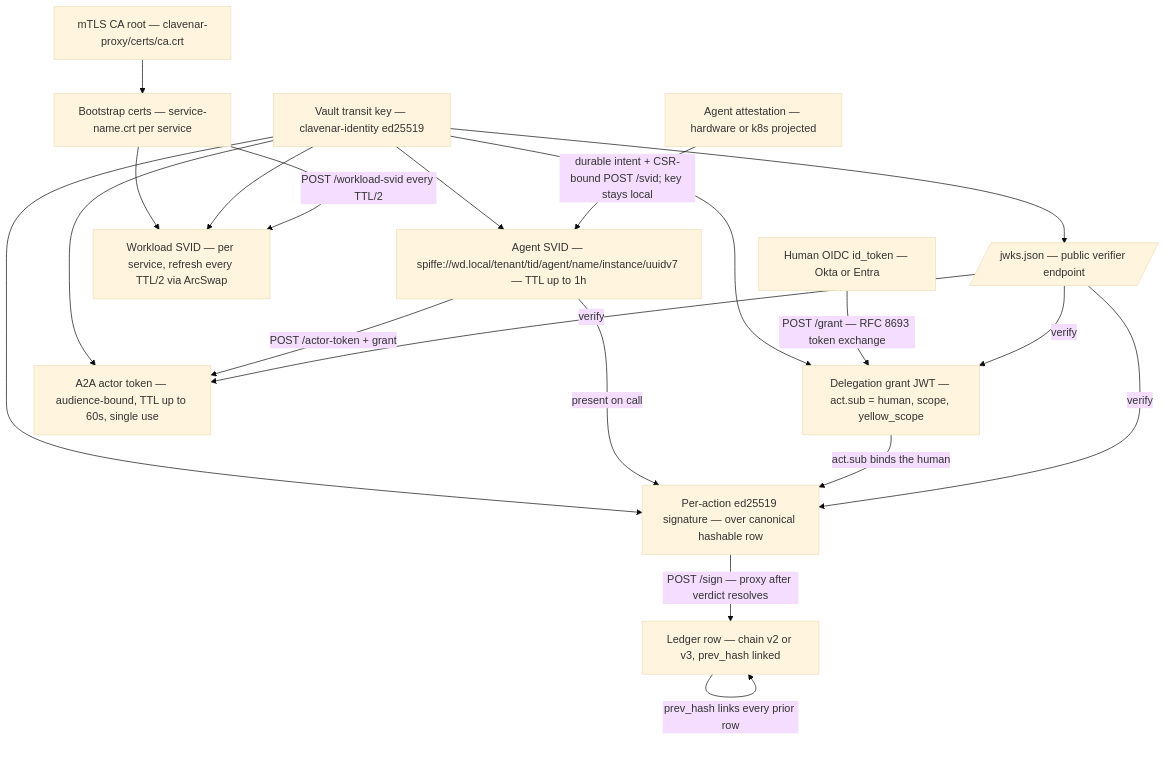
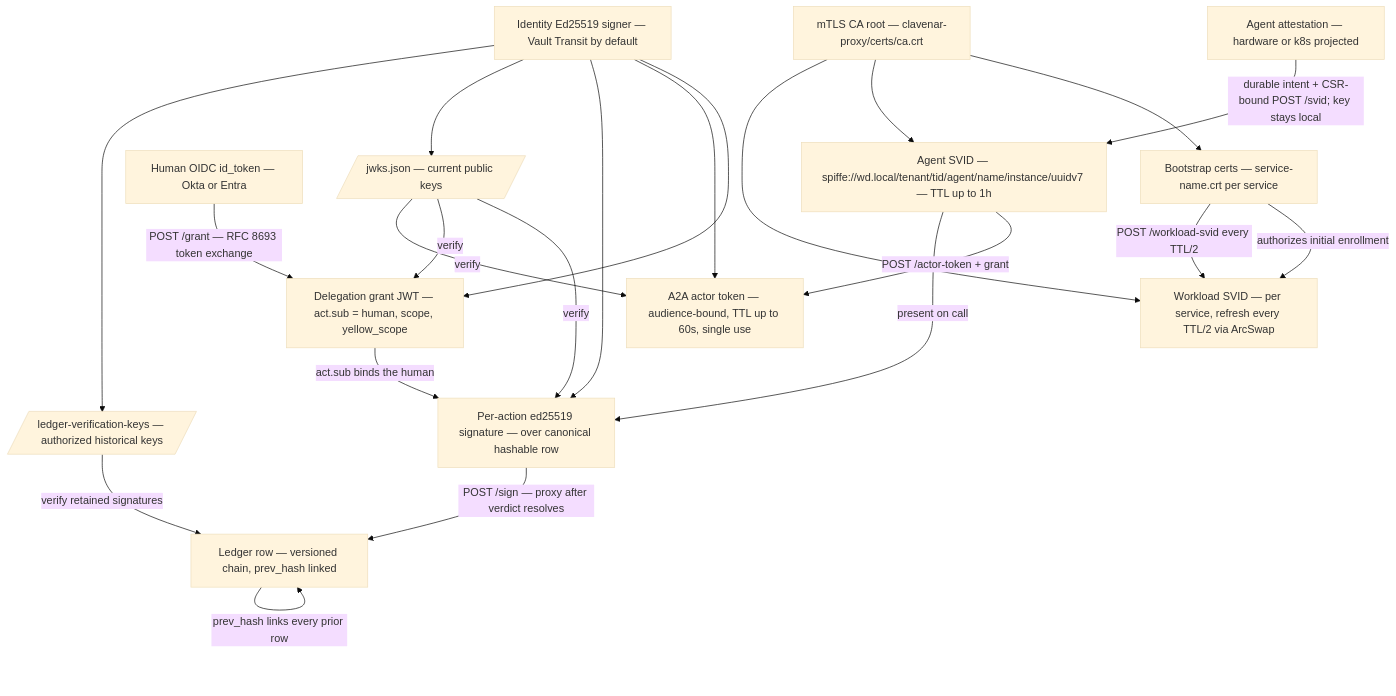
One commit to clavenar/clavenar-specs changed the fifth of 5 diagrams in docs/ARCHITECTURE.md. Above: the diagram before and after it, drawn with Mermaid (base theme). The commit also changed other lines of this file and 11 other files, not shown here.

````diff
--- a/docs/ARCHITECTURE.md
+++ b/docs/ARCHITECTURE.md
@@ -242,44 +239,47 @@
 ```mermaid
 flowchart TD
   accTitle: Clavenar credential trust chain
-  accDescr: The mTLS CA and Vault signing key root bootstrap credentials, workload and agent SVIDs, delegation grants, actor tokens, and per-action signatures whose public verification material and previous hashes bind ledger rows.
+  accDescr: The deployment CA signs bootstrap certificates and agent or workload SVIDs, while the Identity Ed25519 backend signs delegation grants, actor tokens, and finalized actions; current and historical public-key endpoints support verification of the resulting ledger chain.
 
   CA[mTLS CA root — clavenar-proxy/certs/ca.crt]
-  Vault[Vault transit key — clavenar-identity ed25519]
+  Signer[Identity Ed25519 signer — Vault Transit by default]
 
   Bootstrap[Bootstrap certs — service-name.crt per service]
   AgentAttest[Agent attestation — hardware or k8s projected]
   HumanOIDC[Human OIDC id_token — Okta or Entra]
 
   SVID[Agent SVID — spiffe://wd.local/tenant/tid/agent/name/instance/uuidv7 — TTL up to 1h]
   Grant[Delegation grant JWT — act.sub = human, scope, yellow_scope]
   ActorToken[A2A actor token — audience-bound, TTL up to 60s, single use]
   WorkloadSVID[Workload SVID — per service, refresh every TTL/2 via ArcSwap]
   Sign[Per-action ed25519 signature — over canonical hashable row]
-  LedgerRow[Ledger row — chain v2 or v3, prev_hash linked]
+  LedgerRow[Ledger row — versioned chain, prev_hash linked]
 
-  JWKS[/jwks.json — public verifier endpoint/]
+  JWKS[/jwks.json — current public keys/]
+  HistoryKeys[/ledger-verification-keys — authorized historical keys/]
 
   CA --> Bootstrap
-  Bootstrap --> WorkloadSVID
-  Vault --> SVID
-  Vault --> Grant
-  Vault --> ActorToken
-  Vault --> WorkloadSVID
-  Vault --> Sign
+  CA --> SVID
+  CA --> WorkloadSVID
+  Bootstrap -->|authorizes initial enrollment| WorkloadSVID
+  Signer --> Grant
+  Signer --> ActorToken
+  Signer --> Sign
 
   AgentAttest -->|durable intent + CSR-bound POST /svid; key stays local| SVID
   HumanOIDC -->|POST /grant — RFC 8693 token exchange| Grant
   SVID -->|POST /actor-token + grant| ActorToken
   Bootstrap -->|POST /workload-svid every TTL/2| WorkloadSVID
 
   SVID -->|present on call| Sign
   Grant -->|act.sub binds the human| Sign
   Sign -->|POST /sign — proxy after verdict resolves| LedgerRow
   LedgerRow -->|prev_hash links every prior row| LedgerRow
 
-  Vault --> JWKS
+  Signer --> JWKS
+  Signer --> HistoryKeys
   JWKS -->|verify| Sign
   JWKS -->|verify| Grant
   JWKS -->|verify| ActorToken
+  HistoryKeys -->|verify retained signatures| LedgerRow
 ```
````
